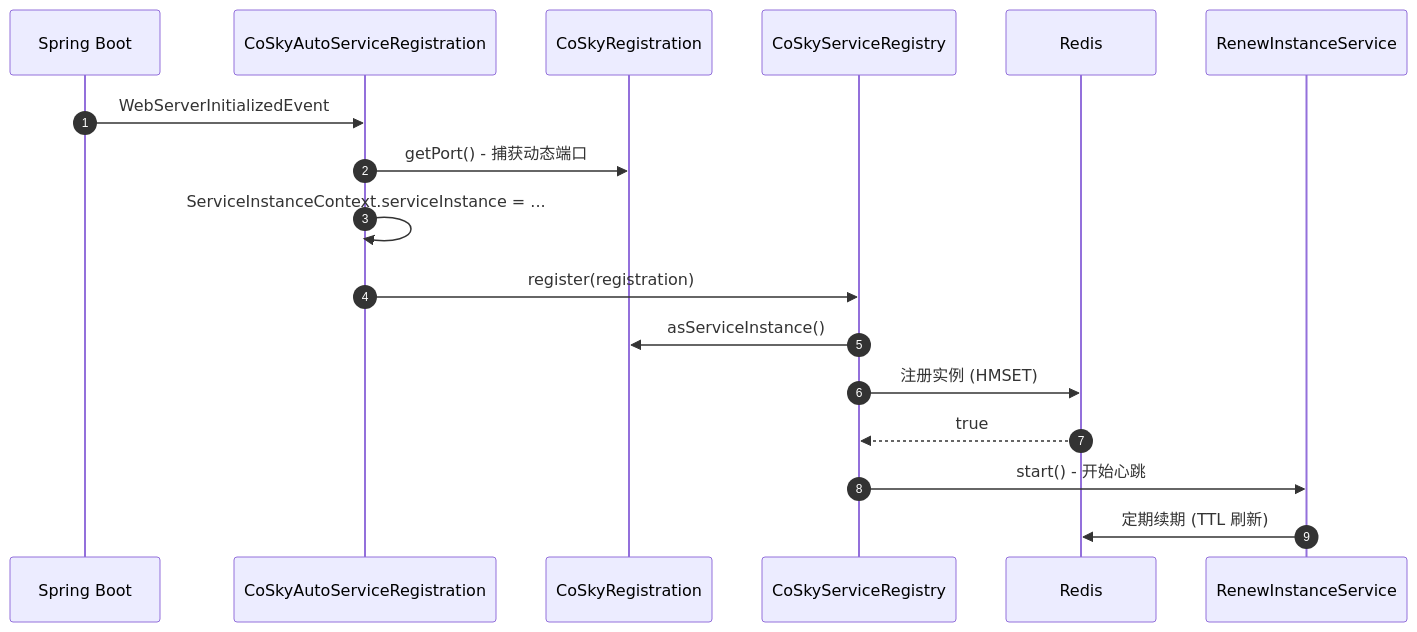
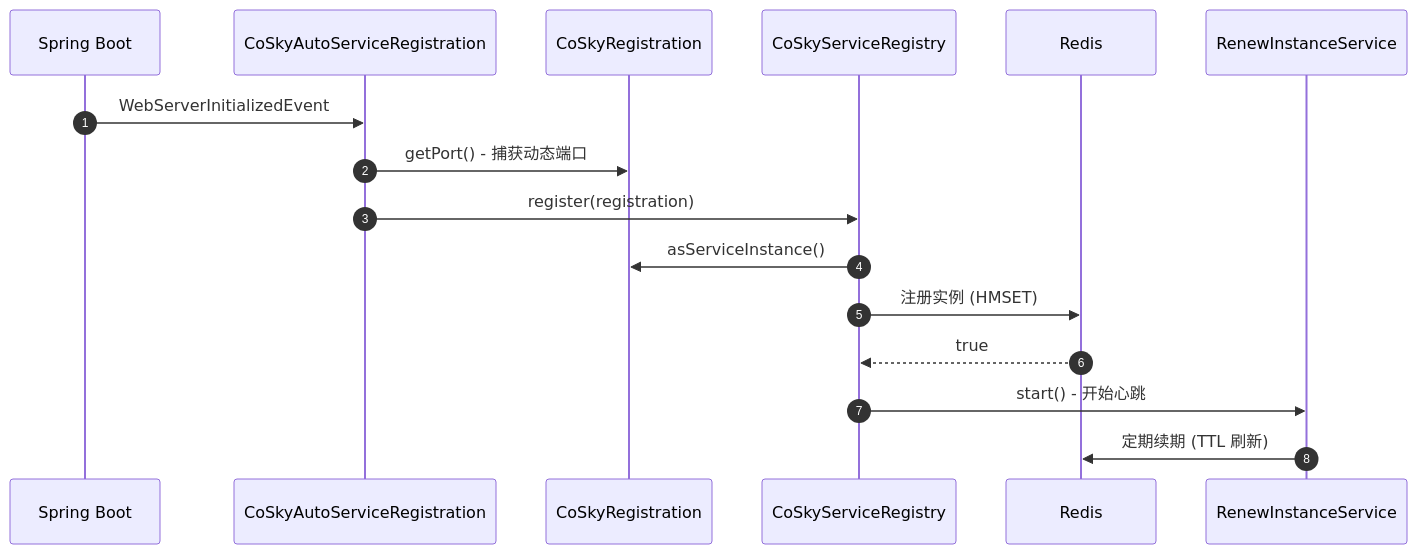
One commit to Ahoo-Wang/CoSky changed the third of 5 diagrams in wiki/zh/guide/spring-cloud-discovery.md. Above: the diagram before and after it, drawn with Mermaid. The commit also changed other lines of this file and 35 other files, not shown here.

````diff
--- a/wiki/zh/guide/spring-cloud-discovery.md
+++ b/wiki/zh/guide/spring-cloud-discovery.md
@@ -154,20 +155,19 @@
 ```mermaid
 sequenceDiagram
     autonumber
     participant Boot as Spring Boot
     participant ASR as CoSkyAutoServiceRegistration
     participant Reg as CoSkyRegistration
     participant SR as CoSkyServiceRegistry
     participant Redis as Redis
     participant Renew as RenewInstanceService
 
     Boot->>ASR: WebServerInitializedEvent
     ASR->>Reg: getPort() - 捕获动态端口
-    ASR->>ASR: ServiceInstanceContext.serviceInstance = ...
     ASR->>SR: register(registration)
     SR->>Reg: asServiceInstance()
     SR->>Redis: 注册实例 (HMSET)
     Redis-->>SR: true
     SR->>Renew: start() - 开始心跳
     Renew->>Redis: 定期续期 (TTL 刷新)
 ```
````
